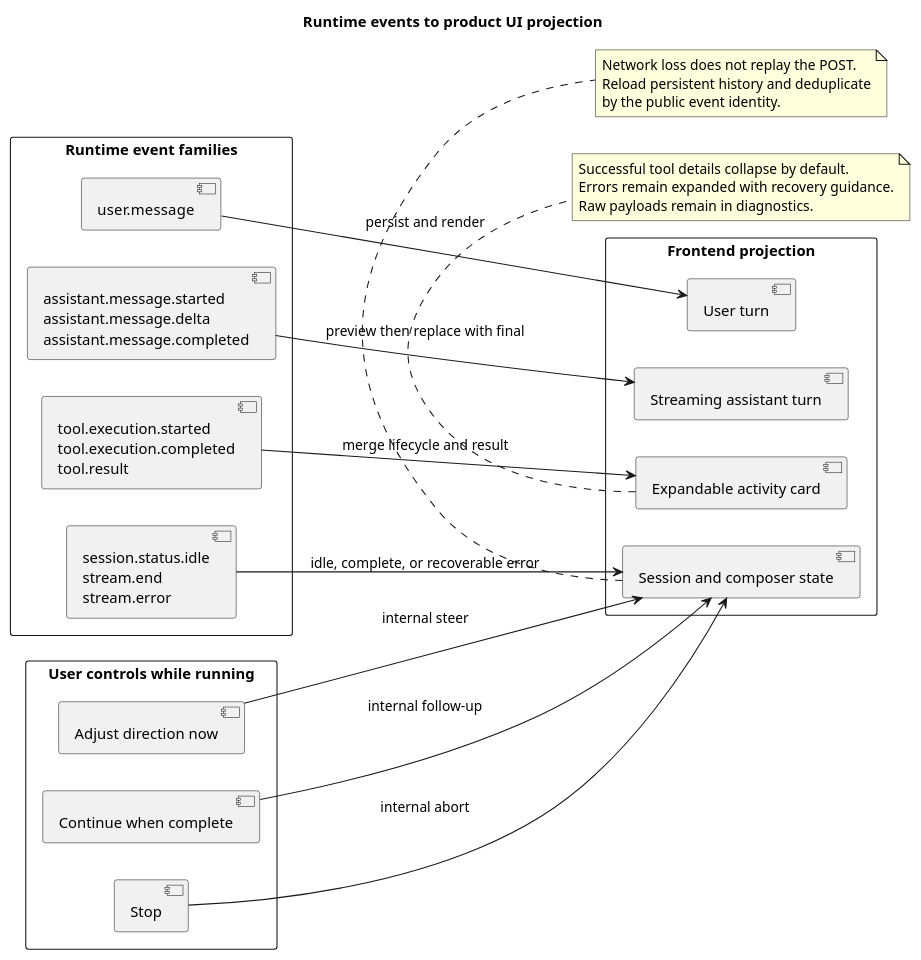
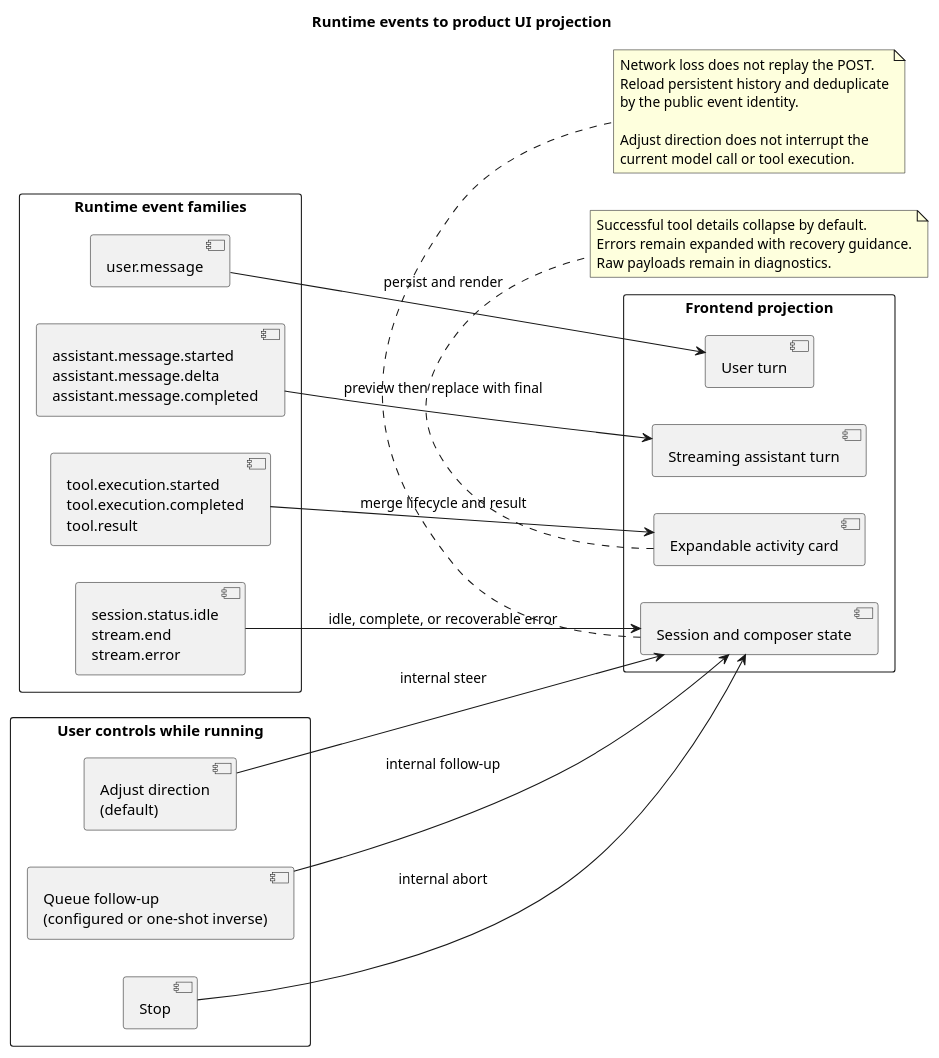
Before and after one commit to ssm0808/pi-mono-java-design: the second of 2 diagrams in campusclaw-frontend-design/diagram.puml, drawn with PlantUML. The commit also changed 8 other files, not shown here.

Commit message:
docs(campusclaw): align running follow-ups with Codex

```diff
--- a/campusclaw-frontend-design/diagram.puml
+++ b/campusclaw-frontend-design/diagram.puml
@@ -61,51 +61,56 @@
 @startuml runtime_event_ui_projection
 ' Source evidence: modules/coding-agent-cli/src/main/java/com/campusclaw/codingagent/runtimeapi/event/RuntimeEventType.java (RuntimeEventType).
 ' Source evidence: modules/coding-agent-cli/src/main/java/com/campusclaw/codingagent/runtimeapi/event/RuntimeEventProjector.java (projectMessageStart, projectMessageUpdate, projectToolStart, projectToolEnd).
 ' Source evidence: modules/coding-agent-cli/src/main/java/com/campusclaw/codingagent/runtimeapi/event/RuntimeEntryCodec.java (toHistoryEvent, toSseData).
+' Product-reference evidence: ChatGPT.app webview/assets/app-initial-BCLYDefw.js (followUpQueueMode, K9s) and webview/assets/zh-CN-ByRVSIXt.js.
 ' Observed behavior: persistent entries and transient execution events share one request-scoped SSE response.
-' Design reason: the UI projects protocol events into stable conversation objects and presents execution controls in user language.
+' Observed Codex behavior: desktop follow-up mode defaults to steer; a modifier submits one message with the inverse mode.
+' Design reason: the UI projects protocol events into stable conversation objects and uses one current follow-up mode instead of two persistent choices.
 
 title Runtime events to product UI projection
 left to right direction
 
 rectangle "Runtime event families" as Events {
   component "user.message" as UserEvent
   component "assistant.message.started\nassistant.message.delta\nassistant.message.completed" as AssistantEvents
   component "tool.execution.started\ntool.execution.completed\ntool.result" as ToolEvents
   component "session.status.idle\nstream.end\nstream.error" as TerminalEvents
 }
 
 rectangle "Frontend projection" as Projection {
   component "User turn" as UserTurn
   component "Streaming assistant turn" as AssistantTurn
   component "Expandable activity card" as ActivityCard
   component "Session and composer state" as SessionState
 }
 
 rectangle "User controls while running" as Controls {
-  component "Adjust direction now" as Adjust
-  component "Continue when complete" as Continue
+  component "Adjust direction\n(default)" as Adjust
+  component "Queue follow-up\n(configured or one-shot inverse)" as Continue
   component "Stop" as Stop
 }
 
 UserEvent --> UserTurn : persist and render
 AssistantEvents --> AssistantTurn : preview then replace with final
 ToolEvents --> ActivityCard : merge lifecycle and result
 TerminalEvents --> SessionState : idle, complete, or recoverable error
 
 Adjust --> SessionState : internal steer
 Continue --> SessionState : internal follow-up
 Stop --> SessionState : internal abort
 
 note bottom of ActivityCard
 Successful tool details collapse by default.
 Errors remain expanded with recovery guidance.
 Raw payloads remain in diagnostics.
 end note
 
 note bottom of SessionState
 Network loss does not replay the POST.
 Reload persistent history and deduplicate
 by the public event identity.
+
+Adjust direction does not interrupt the
+current model call or tool execution.
 end note
 @enduml
```
